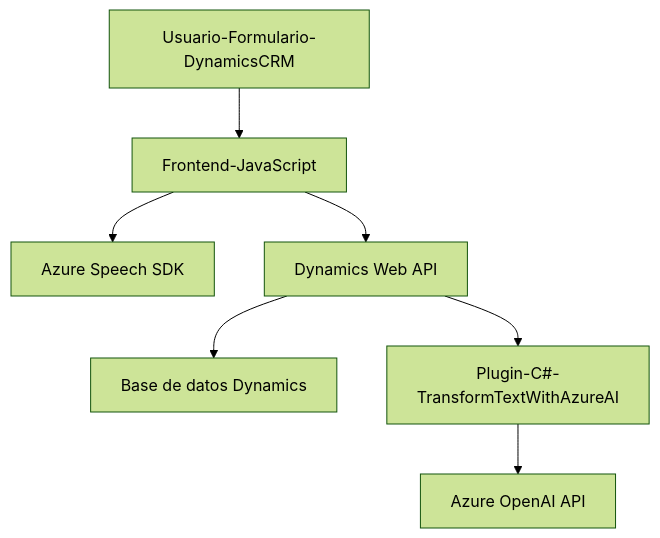
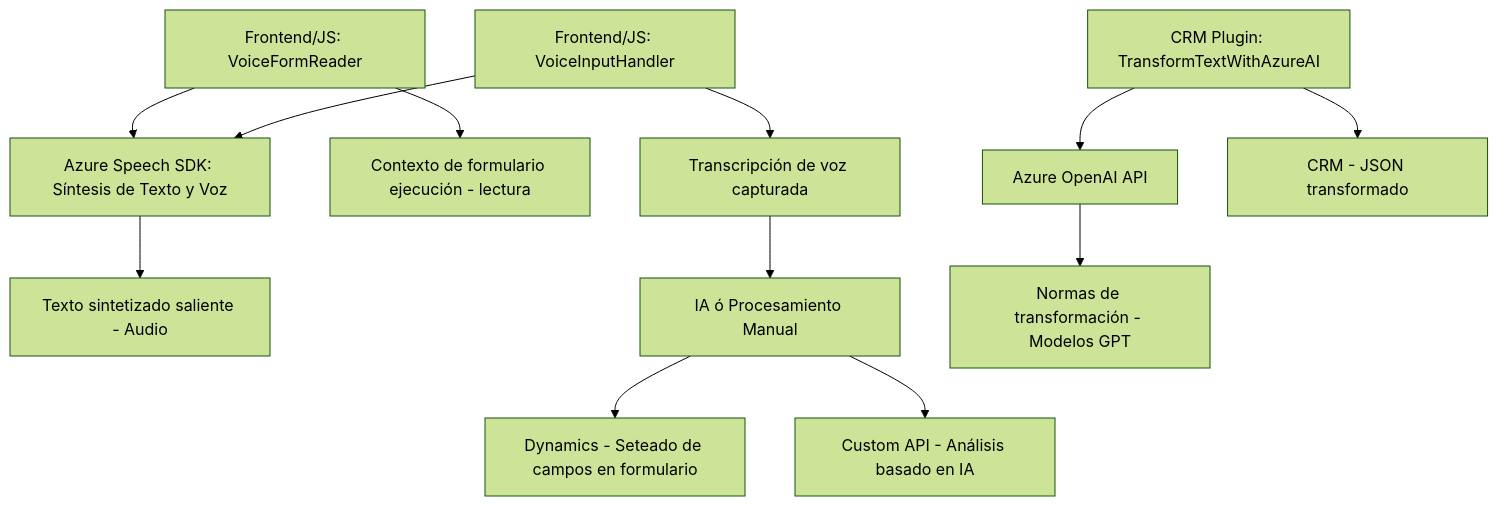
The diagram in README.md (blopezdm/NETCORE_BILBAO2025), drawn with Mermaid (forest theme) before and after one commit. The commit also changed other lines of this file, not shown here.

Commit message:
Actualizar análisis global de la solución con IA

````diff
--- a/README.md
+++ b/README.md
@@ -34,9 +32,17 @@
 ```mermaid
 graph TD
-    A["Usuario-Formulario-DynamicsCRM"] --> B["Frontend-JavaScript"]
-    B --> C["Azure Speech SDK"]
-    B --> D["Dynamics Web API"]
-    D --> E["Base de datos Dynamics"]
-    D --> F["Plugin-C#-TransformTextWithAzureAI"]
-    F --> G["Azure OpenAI API"]
+    A["Frontend/JS: VoiceFormReader"] --> B["Azure Speech SDK: Síntesis de Texto y Voz"]
+    A --> C["Contexto de formulario ejecución - lectura"]
+    B --> D["Texto sintetizado saliente - Audio"]
+    
+    E["Frontend/JS: VoiceInputHandler"] --> B
+    E --> F["Transcripción de voz capturada"]
+    F --> G["IA ó Procesamiento Manual"]
+    G --> H["Dynamics - Seteado de campos en formulario"]
+    G --> I["Custom API - Análisis basado en IA"]
+    
+    J["CRM Plugin: TransformTextWithAzureAI"] --> K["Azure OpenAI API"]
+    K --> L["Normas de transformación - Modelos GPT"]
+    J --> M["CRM - JSON transformado"]
+
 ```
````
